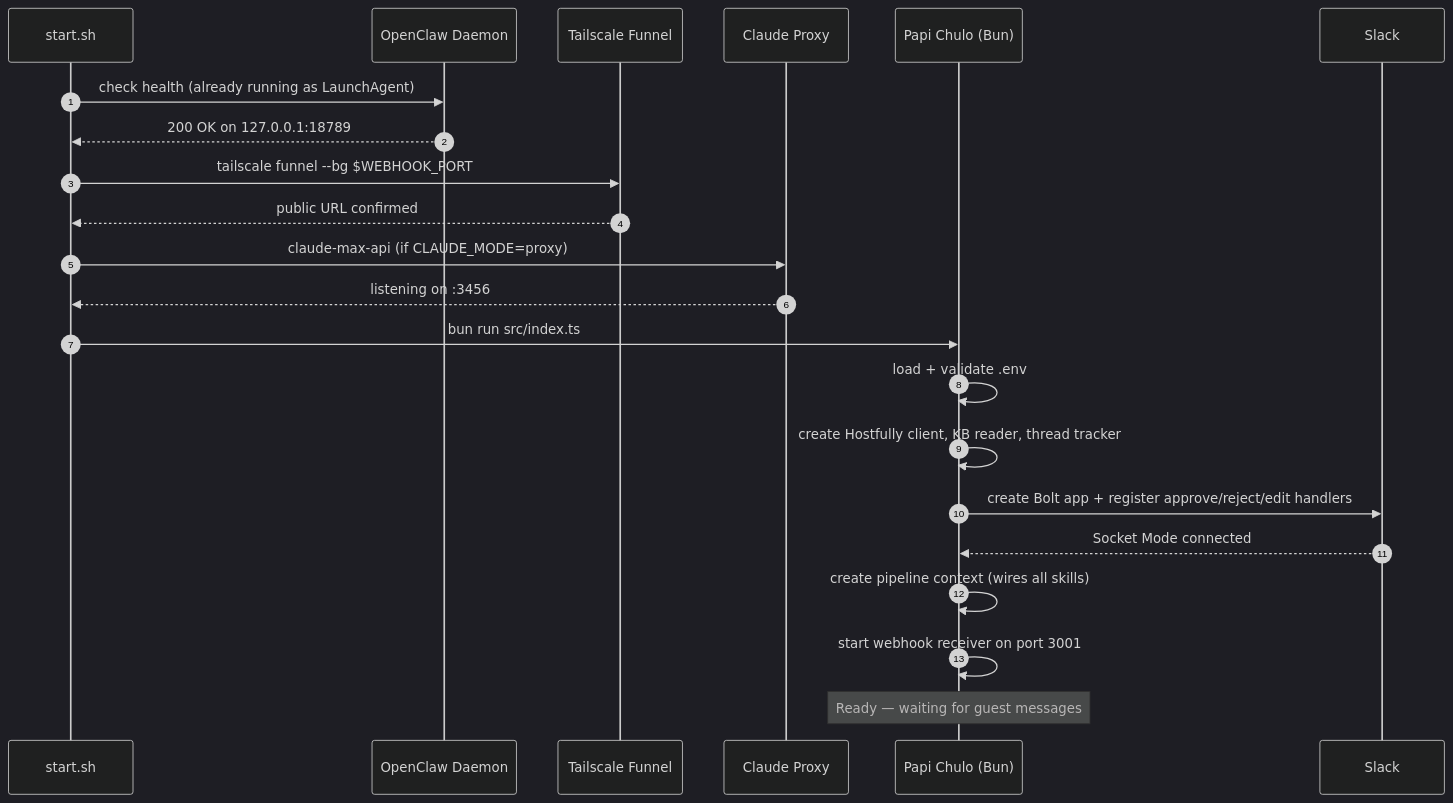
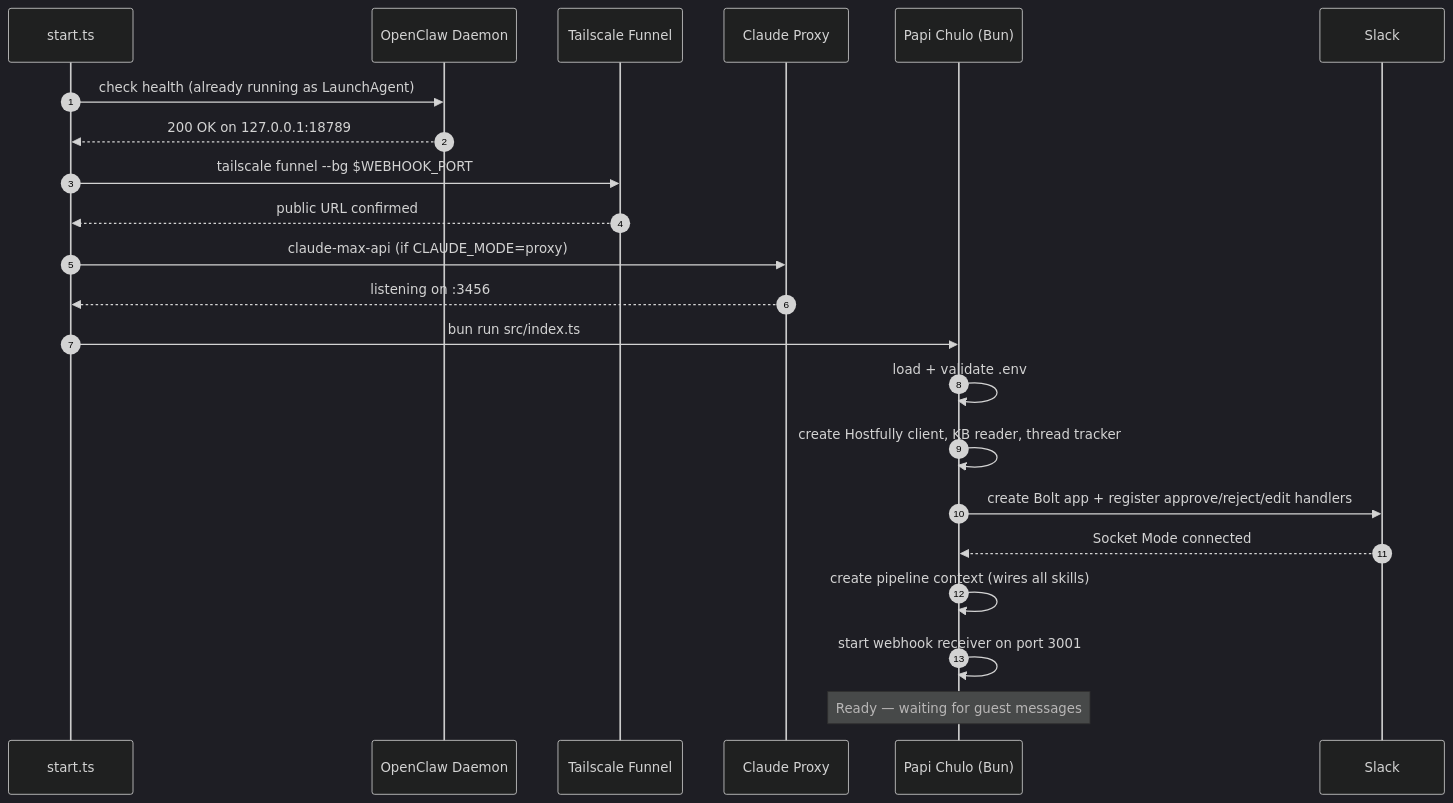
The fourth of 11 diagrams in docs/2026-03-18-1312-architecture.md (viiqswim/vlre-ai-employee), drawn with Mermaid (dark theme) before and after one commit. The commit also changed other lines of this file and 2 other files, not shown here.

Commit message:
docs: update start.sh references to start.ts and add zx convention

````diff
--- a/docs/2026-03-18-1312-architecture.md
+++ b/docs/2026-03-18-1312-architecture.md
@@ -188,25 +188,25 @@
 ```mermaid
 sequenceDiagram
     autonumber
-    participant SH as start.sh
+    participant SH as start.ts
     participant OC as OpenClaw Daemon
     participant TF as Tailscale Funnel
     participant CP as Claude Proxy
     participant PC as Papi Chulo (Bun)
     participant SL as Slack
 
     SH->>OC: check health (already running as LaunchAgent)
     OC-->>SH: 200 OK on 127.0.0.1:18789
     SH->>TF: tailscale funnel --bg $WEBHOOK_PORT
     TF-->>SH: public URL confirmed
     SH->>CP: claude-max-api (if CLAUDE_MODE=proxy)
     CP-->>SH: listening on :3456
     SH->>PC: bun run src/index.ts
     PC->>PC: load + validate .env
     PC->>PC: create Hostfully client, KB reader, thread tracker
     PC->>SL: create Bolt app + register approve/reject/edit handlers
     SL-->>PC: Socket Mode connected
     PC->>PC: create pipeline context (wires all skills)
     PC->>PC: start webhook receiver on port 3001
     Note over PC: Ready — waiting for guest messages
 ```
````
